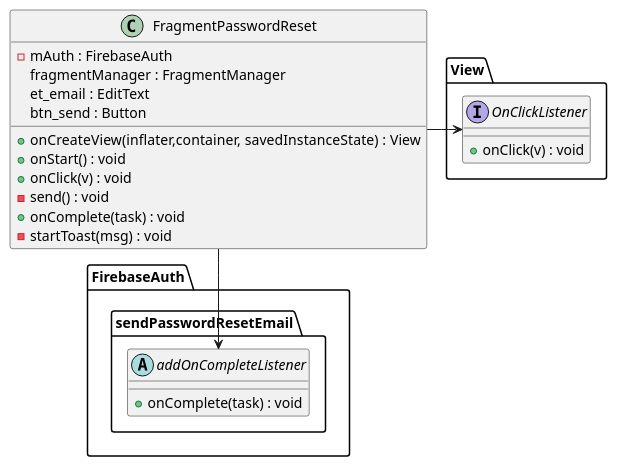
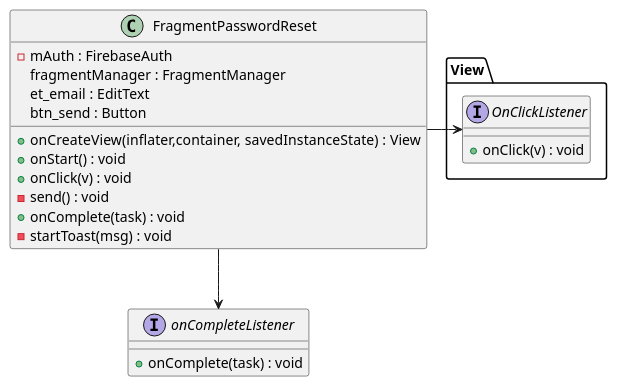
One commit to CherryIntoSpace/SubwayApp changed the diagram in app/src/main/java/com/daejin/subwayapp/diagram/FragmentPasswordResetClass.puml. Above: the diagram before and after it, drawn with PlantUML. The commit also changed 8 other files, not shown here.

Commit message:
2023-11-03 diagram

```diff
--- a/app/src/main/java/com/daejin/subwayapp/diagram/FragmentPasswordResetClass.puml
+++ b/app/src/main/java/com/daejin/subwayapp/diagram/FragmentPasswordResetClass.puml
@@ -1,26 +1,24 @@
 @startuml
 FragmentPasswordReset -> View.OnClickListener
-FragmentPasswordReset --> FirebaseAuth.sendPasswordResetEmail.addOnCompleteListener
+FragmentPasswordReset --> onCompleteListener
 class FragmentPasswordReset {
     -mAuth : FirebaseAuth
     fragmentManager : FragmentManager
     et_email : EditText
     btn_send : Button
 
     +onCreateView(inflater,container, savedInstanceState) : View
     +onStart() : void
     +onClick(v) : void
     -send() : void
     +onComplete(task) : void
     -startToast(msg) : void
 }
 
 interface  View.OnClickListener {
     +onClick(v) : void
 }
-namespace FirebaseAuth.sendPasswordResetEmail{
-    abstract class addOnCompleteListener {
-        +onComplete(task) : void
-    }
+interface onCompleteListener {
+    +onComplete(task) : void
 }
 @enduml
```
